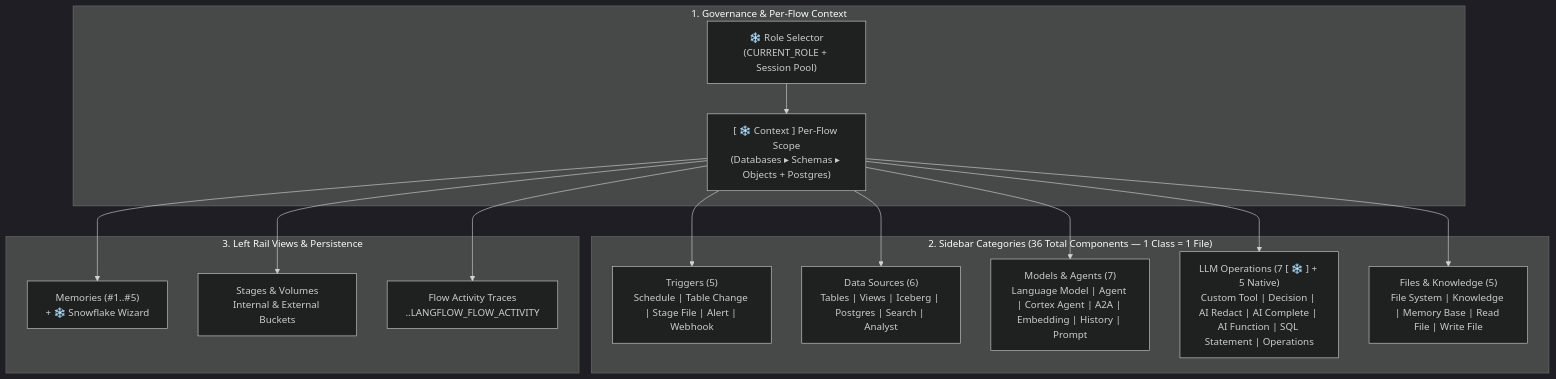
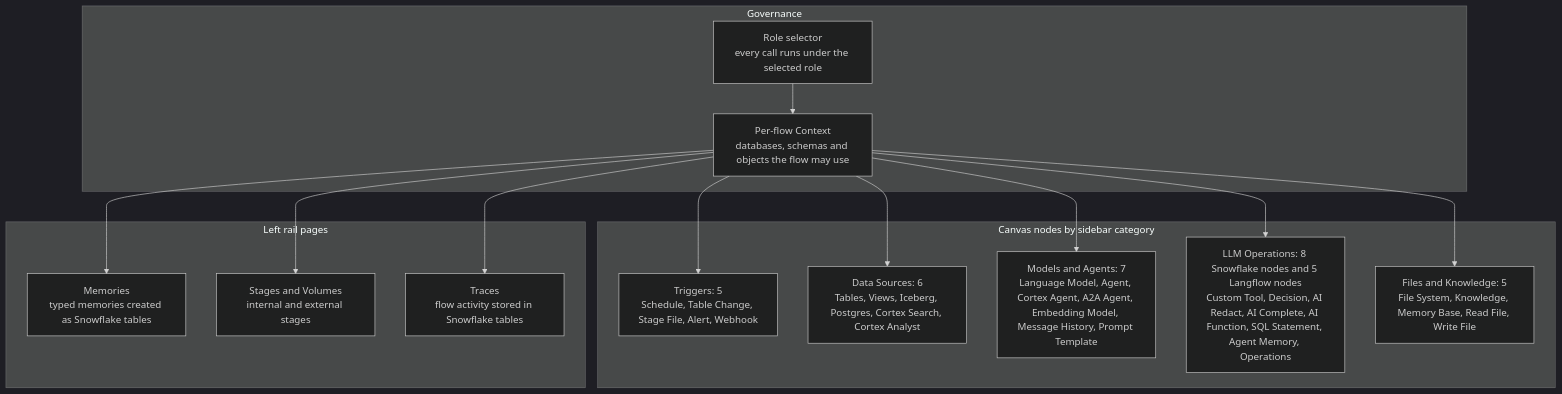
Before and after one commit to fbattaglieri-snowflake/Native-Snowflake-Langflow: the diagram in docs/CAPABILITY_MATRIX.md, drawn with Mermaid (dark theme). The commit also changed other lines of this file and 6 other files, not shown here.

First line of the commit message:
Rewrite README for readability and fix Mermaid diagrams that GitHub could not render

````diff
--- a/docs/CAPABILITY_MATRIX.md
+++ b/docs/CAPABILITY_MATRIX.md
@@ -13,23 +13,31 @@
 ```mermaid
 flowchart TB
-    subgraph Governance["1. Governance & Per-Flow Context"]
-        Role["❄️ Role Selector<br/>(CURRENT_ROLE + Session Pool)"]
-        Context["[ ❄️ Context ] Per-Flow Scope<br/>(Databases ▸ Schemas ▸ Objects + Postgres)"]
+    subgraph Governance["Governance"]
+        Role["Role selector<br/>every call runs under the selected role"]
+        Context["Per-flow Context<br/>databases, schemas and objects the flow may use"]
     end
 
-    subgraph Sidebar["2. Sidebar Categories (36 Total Components — 1 Class = 1 File)"]
-        TRG["Triggers (5)<br/>Schedule | Table Change | Stage File | Alert | Webhook"]
-        DS["Data Sources (6)<br/>Tables | Views | Iceberg | Postgres | Search | Analyst"]
-        MA["Models & Agents (7)<br/>Language Model | Agent | Cortex Agent | A2A | Embedding | History | Prompt"]
-        LLM["LLM Operations (7 [ ❄️ ] + 5 Native)<br/>Custom Tool | Decision | AI Redact | AI Complete | AI Function | SQL Statement | Operations"]
-        FK["Files & Knowledge (5)<br/>File System | Knowledge | Memory Base | Read File | Write File"]
+    subgraph Sidebar["Canvas nodes by sidebar category"]
+        TRG["Triggers: 5<br/>Schedule, Table Change, Stage File, Alert, Webhook"]
+        DS["Data Sources: 6<br/>Tables, Views, Iceberg, Postgres, Cortex Search, Cortex Analyst"]
+        MA["Models and Agents: 7<br/>Language Model, Agent, Cortex Agent, A2A Agent, Embedding Model, Message History, Prompt Template"]
+        LLM["LLM Operations: 8 Snowflake nodes and 5 Langflow nodes<br/>Custom Tool, Decision, AI Redact, AI Complete, AI Function, SQL Statement, Agent Memory, Operations"]
+        FK["Files and Knowledge: 5<br/>File System, Knowledge, Memory Base, Read File, Write File"]
     end
 
-    subgraph Rail["3. Left Rail Views & Persistence"]
-        Mem["Memories (#1..#5)<br/>+ ❄️ Snowflake Wizard"]
-        Stages["Stages & Volumes<br/>Internal & External Buckets"]
-        Traces["Flow Activity Traces<br/><DATABASE>.<SCHEMA>.LANGFLOW_FLOW_ACTIVITY"]
+    subgraph Rail["Left rail pages"]
+        Mem["Memories<br/>typed memories created as Snowflake tables"]
+        Stages["Stages and Volumes<br/>internal and external stages"]
+        Traces["Traces<br/>flow activity stored in Snowflake tables"]
     end
 
-    Role --> Context --> TRG & DS & MA & LLM & FK & Mem & Stages & Traces
+    Role --> Context
+    Context --> TRG
+    Context --> DS
+    Context --> MA
+    Context --> LLM
+    Context --> FK
+    Context --> Mem
+    Context --> Stages
+    Context --> Traces
 ```
````
